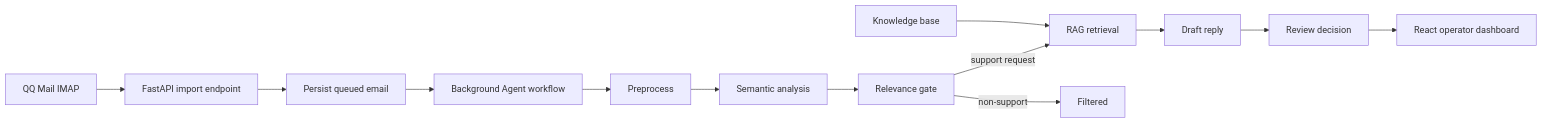
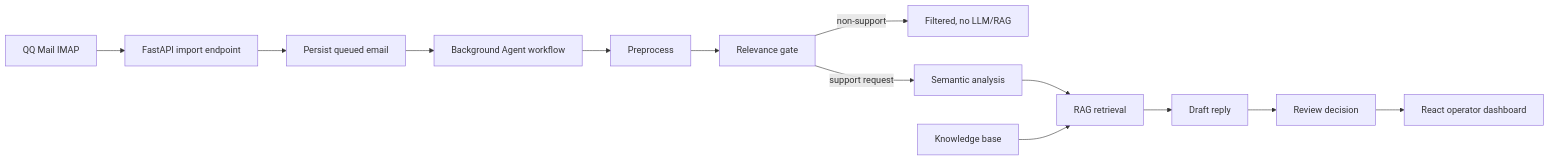
The diagram in docs/ARCHITECTURE.md (jayagentworks/ai-customer-email-agent), drawn with Mermaid before and after one commit. The commit also changed other lines of this file and 9 other files, not shown here.

````diff
--- a/docs/ARCHITECTURE.md
+++ b/docs/ARCHITECTURE.md
@@ -5,15 +5,15 @@
 ```mermaid
 flowchart LR
   QQ[QQ Mail IMAP] --> Import[FastAPI import endpoint]
   Import --> Queue[Persist queued email]
   Queue --> Agent[Background Agent workflow]
   Agent --> Preprocess[Preprocess]
-  Preprocess --> Semantic[Semantic analysis]
-  Semantic --> Gate[Relevance gate]
-  Gate -->|support request| RAG[RAG retrieval]
-  Gate -->|non-support| Done[Filtered]
+  Preprocess --> Gate[Relevance gate]
+  Gate -->|non-support| Done[Filtered, no LLM/RAG]
+  Gate -->|support request| Semantic[Semantic analysis]
+  Semantic --> RAG[RAG retrieval]
   RAG --> Draft[Draft reply]
   Draft --> Review[Review decision]
   Review --> UI[React operator dashboard]
   KB[Knowledge base] --> RAG
 ```
````
